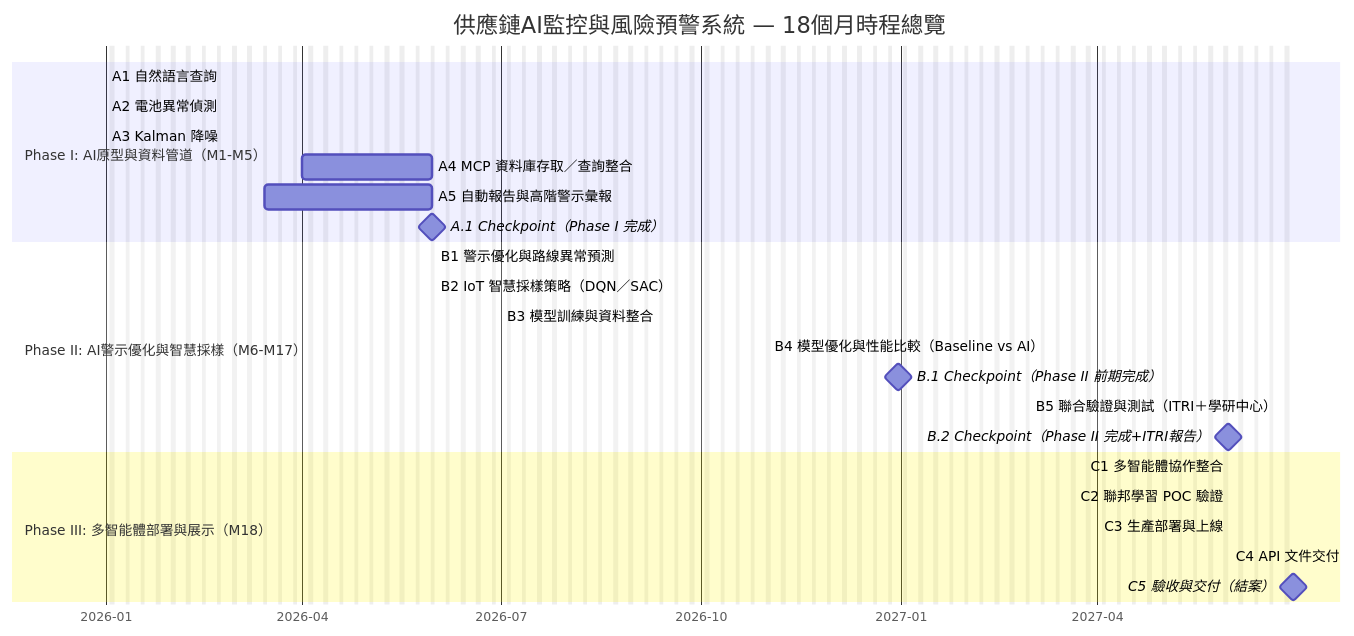
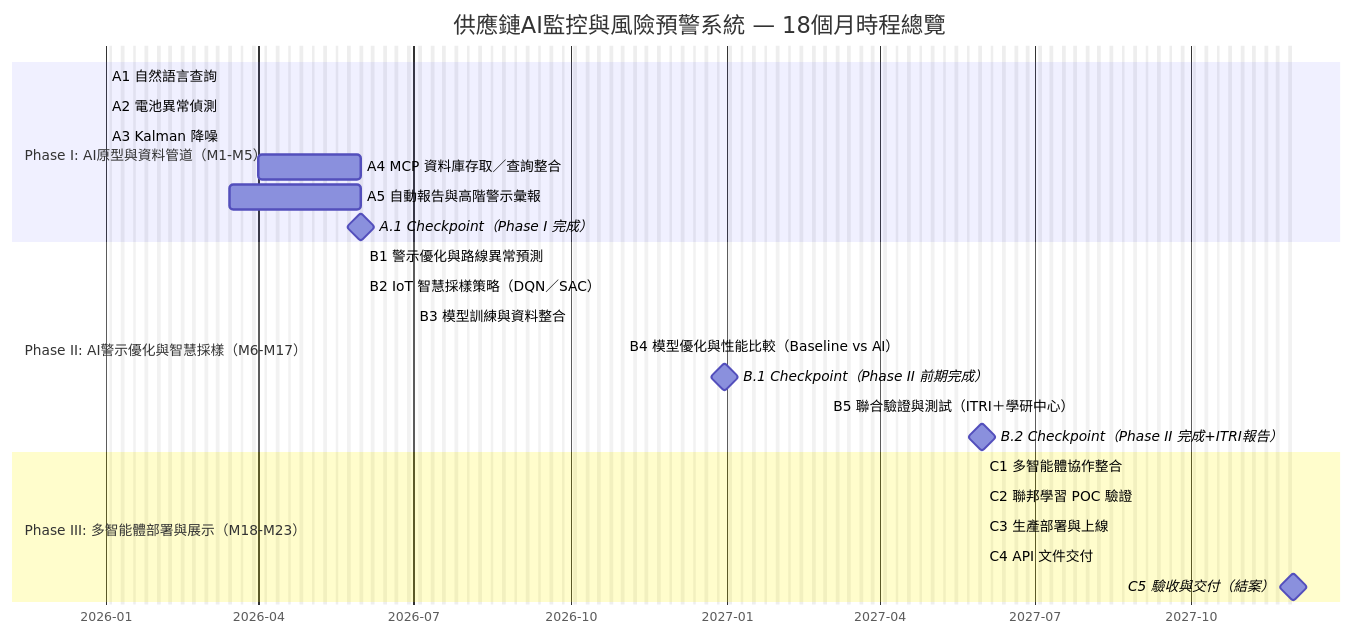
The first of 2 diagrams in proposal/AI應用躍昇計畫-計畫書-提交版.md (jshuo/ai-moea-proposal), drawn with Mermaid before and after one commit. The commit also changed other lines of this file, not shown here.

````diff
--- a/proposal/AI應用躍昇計畫-計畫書-提交版.md
+++ b/proposal/AI應用躍昇計畫-計畫書-提交版.md
@@ -435,42 +434,42 @@
 ```mermaid
 gantt
     title 供應鏈AI監控與風險預警系統 — 18個月時程總覽
     dateFormat  YYYY-MM-DD
     axisFormat  %Y-%m
     excludes    weekends
 
     %% -------------------------
     %% Phase I: 2026-01-01 ~ 2026-05-31 (5m, M1-M5)
     %% -------------------------
     section Phase I: AI原型與資料管道（M1-M5）
     A1 自然語言查詢                       :a1, 2026-01-01, 3.5m
     A2 電池異常偵測                       :a2, 2026-01-01, 3.5m
     A3 Kalman 降噪                        :a3, 2026-01-01, 3.0m
     A4 MCP 資料庫存取／查詢整合            :a4, 2026-04-01, 2026-05-31
     A5 自動報告與高階警示彙報             :a5, 2026-03-15, 2026-05-31
     A.1 Checkpoint（Phase I 完成）        :milestone, a_cp, 2026-05-31, 0d
 
     %% -------------------------
     %% Phase II: 2026-06-01 ~ 2027-05-31 (12m, M6-M17)
     %% 註：2026/04-05 為重疊準備期
     %% -------------------------
     section Phase II: AI警示優化與智慧採樣（M6-M17）
     B1 警示優化與路線異常預測                       :b1, 2026-06-01, 6m
     B2 IoT 智慧採樣策略（DQN／SAC）                 :b2, 2026-06-01, 8m
     B3 模型訓練與資料整合                          :b3, 2026-07-01, 7m
     B4 模型優化與性能比較（Baseline vs AI）          :b4, 2026-11-01, 4m
     B.1 Checkpoint（Phase II 前期完成）             :milestone, b1_cp, 2026-12-31, 0d
     B5 聯合驗證與測試（ITRI＋學研中心）             :b5, 2027-03-01, 3m
     B.2 Checkpoint（Phase II 完成+ITRI報告）        :milestone, b2_cp, 2027-05-31, 0d
 
-    %% -------------------------
-    %% Phase III: 2027-06-01 ~ 2027-06-30 (1m, M18)
-    %% -------------------------
-    section Phase III: 多智能體部署與展示（M18）
-    C1 多智能體協作整合                             :c1, 2027-06-01, 1m
-    C2 聯邦學習 POC 驗證                             :c2, 2027-06-01, 1m
-    C3 生產部署與上線                               :c3, 2027-06-01, 1m
-    C4 API 文件交付                                  :c4, 2027-06-01, 1m
-    C5 驗收與交付（結案）                            :milestone, c5, 2027-06-30, 0d
+   %% -------------------------
+   %% Phase III: 2027-06-01 ~ 2027-11-30 (6m, M18-M23)
+   %% -------------------------
+   section Phase III: 多智能體部署與展示（M18-M23）
+   C1 多智能體協作整合                             :c1, 2027-06-01, 6m
+   C2 聯邦學習 POC 驗證                             :c2, 2027-06-01, 6m
+   C3 生產部署與上線                               :c3, 2027-06-01, 6m
+   C4 API 文件交付                                  :c4, 2027-06-01, 6m
+   C5 驗收與交付（結案）                            :milestone, c5, 2027-11-30, 0d
 
 ```
````
